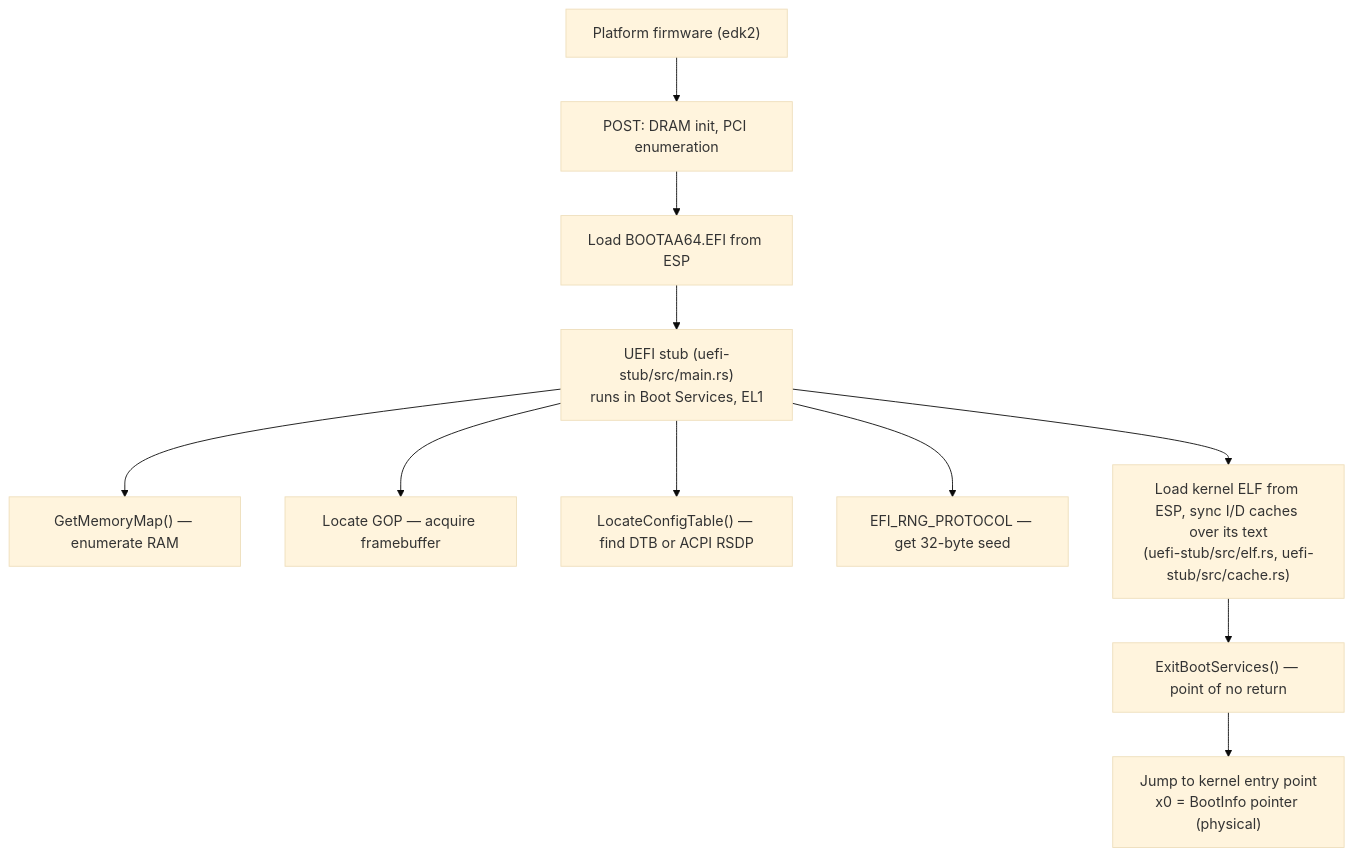
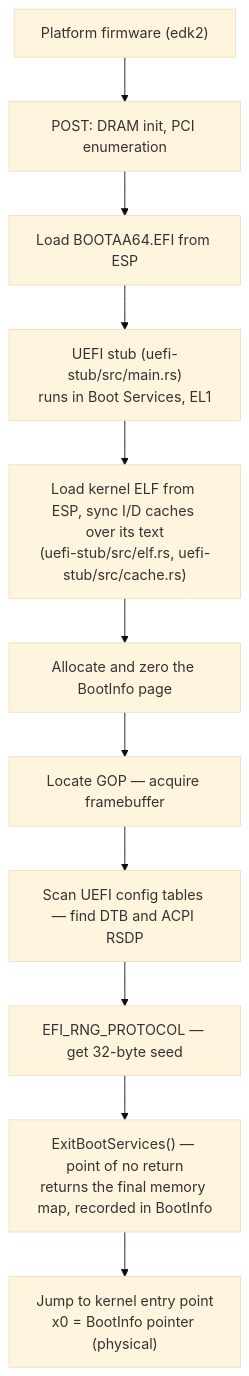
The first of 4 diagrams in docs/platform/bsp/firmware.md (juslee/aios), drawn with Mermaid (base theme) before and after one commit.

Commit message:
Audit round 4: fix BSP UEFI boot flowchart step order
docs/platform/bsp/firmware.md §8.1: redraw the UEFI boot flowchart as
the linear sequence uefi-stub/src/main.rs runs, matching the corrected
flowchart in docs/kernel/boot/firmware.md §2.1:
- Load kernel ELF (with the I/D cache sync) is now the first stub step,
  not the last one before ExitBootServices.
- Add the BootInfo page allocation step.
- Chain GOP -> config tables -> RNG -> ExitBootServices in code order.
- Drop the standalone GetMemoryMap() node from the start of the chart.
  The stub has no direct GetMemoryMap() call; uefi-rs's
  exit_boot_services makes it just before ExitBootServices() to get the
  map key. The ExitBootServices node's label gains "returns the final
  memory map, recorded in BootInfo".
- Relabel the config-table step: the stub scans the UEFI configuration
  table array for DTB and ACPI RSDP GUIDs, it does not call a
  LocateConfigTable() service.

````diff
--- a/docs/platform/bsp/firmware.md
+++ b/docs/platform/bsp/firmware.md
@@ -28,13 +28,13 @@
 ```mermaid
 flowchart TD
     FW["Platform firmware (edk2)"] --> POST["POST: DRAM init, PCI enumeration"]
     POST --> ESP_LOAD["Load BOOTAA64.EFI from ESP"]
     ESP_LOAD --> STUB["UEFI stub (uefi-stub/src/main.rs)<br/>runs in Boot Services, EL1"]
-    STUB --> MEM["GetMemoryMap() — enumerate RAM"]
-    STUB --> GOP["Locate GOP — acquire framebuffer"]
-    STUB --> CFG["LocateConfigTable() — find DTB or ACPI RSDP"]
-    STUB --> RNG["EFI_RNG_PROTOCOL — get 32-byte seed"]
     STUB --> ELF["Load kernel ELF from ESP, sync I/D caches over its text<br/>(uefi-stub/src/elf.rs, uefi-stub/src/cache.rs)"]
-    ELF --> EBS["ExitBootServices() — point of no return"]
+    ELF --> BI["Allocate and zero the BootInfo page"]
+    BI --> GOP["Locate GOP — acquire framebuffer"]
+    GOP --> CFG["Scan UEFI config tables — find DTB and ACPI RSDP"]
+    CFG --> RNG["EFI_RNG_PROTOCOL — get 32-byte seed"]
+    RNG --> EBS["ExitBootServices() — point of no return<br/>returns the final memory map, recorded in BootInfo"]
     EBS --> JUMP["Jump to kernel entry point<br/>x0 = BootInfo pointer (physical)"]
 ```
````
